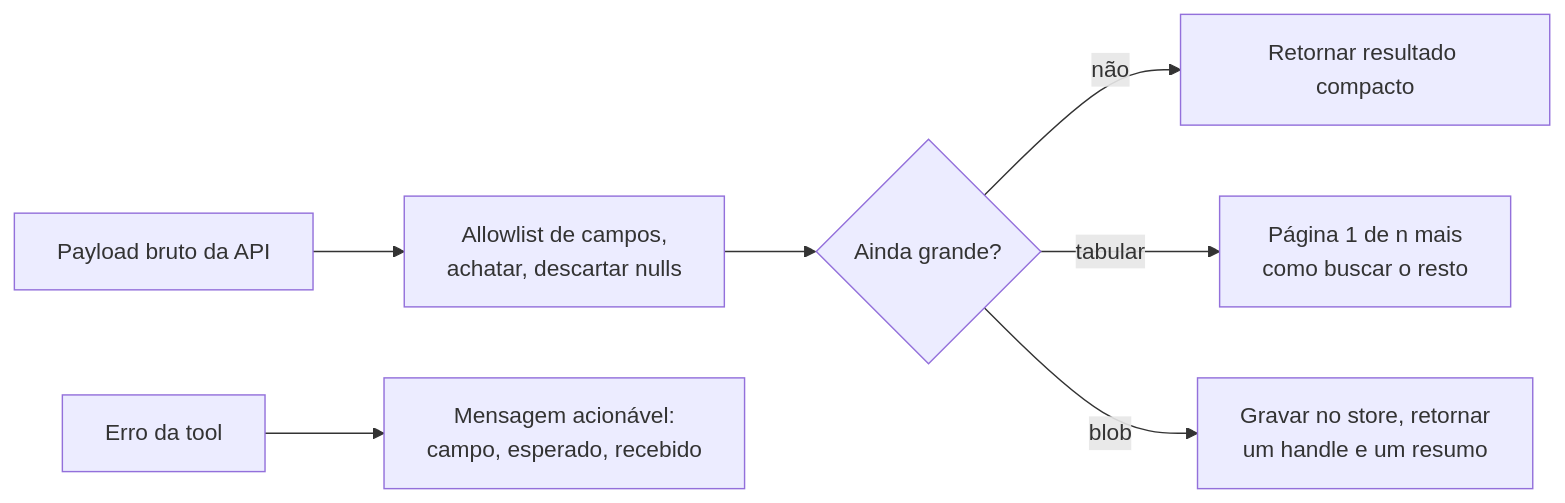
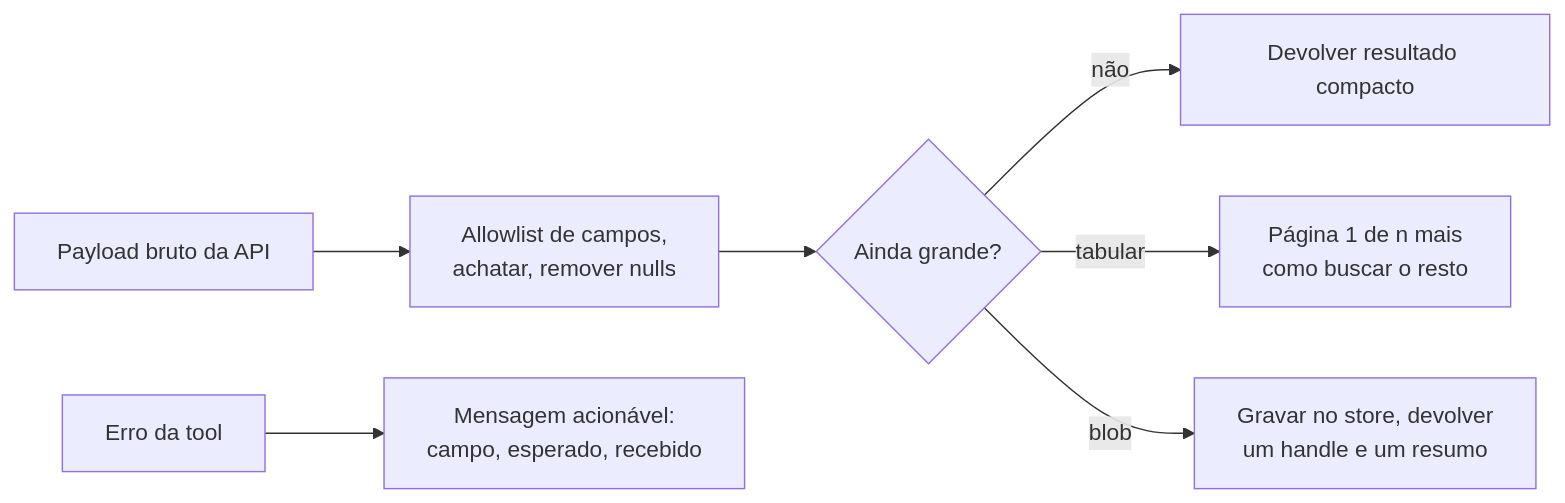
Before and after one commit to andrevberaldo/AI-Engineer-Interview-Questions: diagram 14 of 26 in 03-prompt-engineering-and-context/questions.pt-BR.md, drawn with Mermaid. The commit also changed other lines of this file and 1 other file, not shown here.

````diff
--- a/03-prompt-engineering-and-context/questions.pt-BR.md
+++ b/03-prompt-engineering-and-context/questions.pt-BR.md
@@ -800,9 +800,9 @@
 ```mermaid
 flowchart LR
-    A["Payload bruto da API"] --> B["Allowlist de campos,<br/>achatar, descartar nulls"]
+    A["Payload bruto da API"] --> B["Allowlist de campos,<br/>achatar, remover nulls"]
     B --> C{"Ainda grande?"}
-    C -->|"não"| D["Retornar resultado compacto"]
+    C -->|"não"| D["Devolver resultado compacto"]
     C -->|"tabular"| E["Página 1 de n mais<br/>como buscar o resto"]
-    C -->|"blob"| F["Gravar no store, retornar<br/>um handle e um resumo"]
+    C -->|"blob"| F["Gravar no store, devolver<br/>um handle e um resumo"]
     G["Erro da tool"] --> H["Mensagem acionável:<br/>campo, esperado, recebido"]
 ```
````
